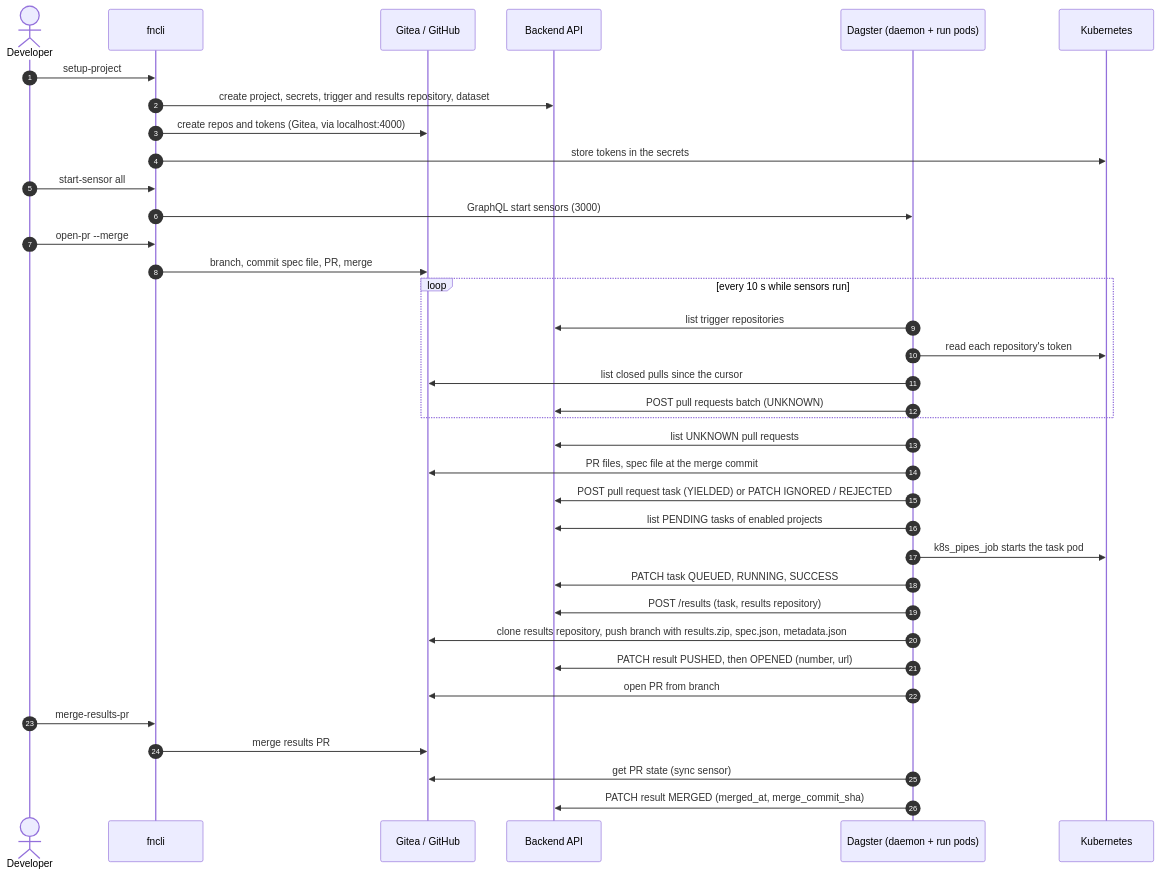
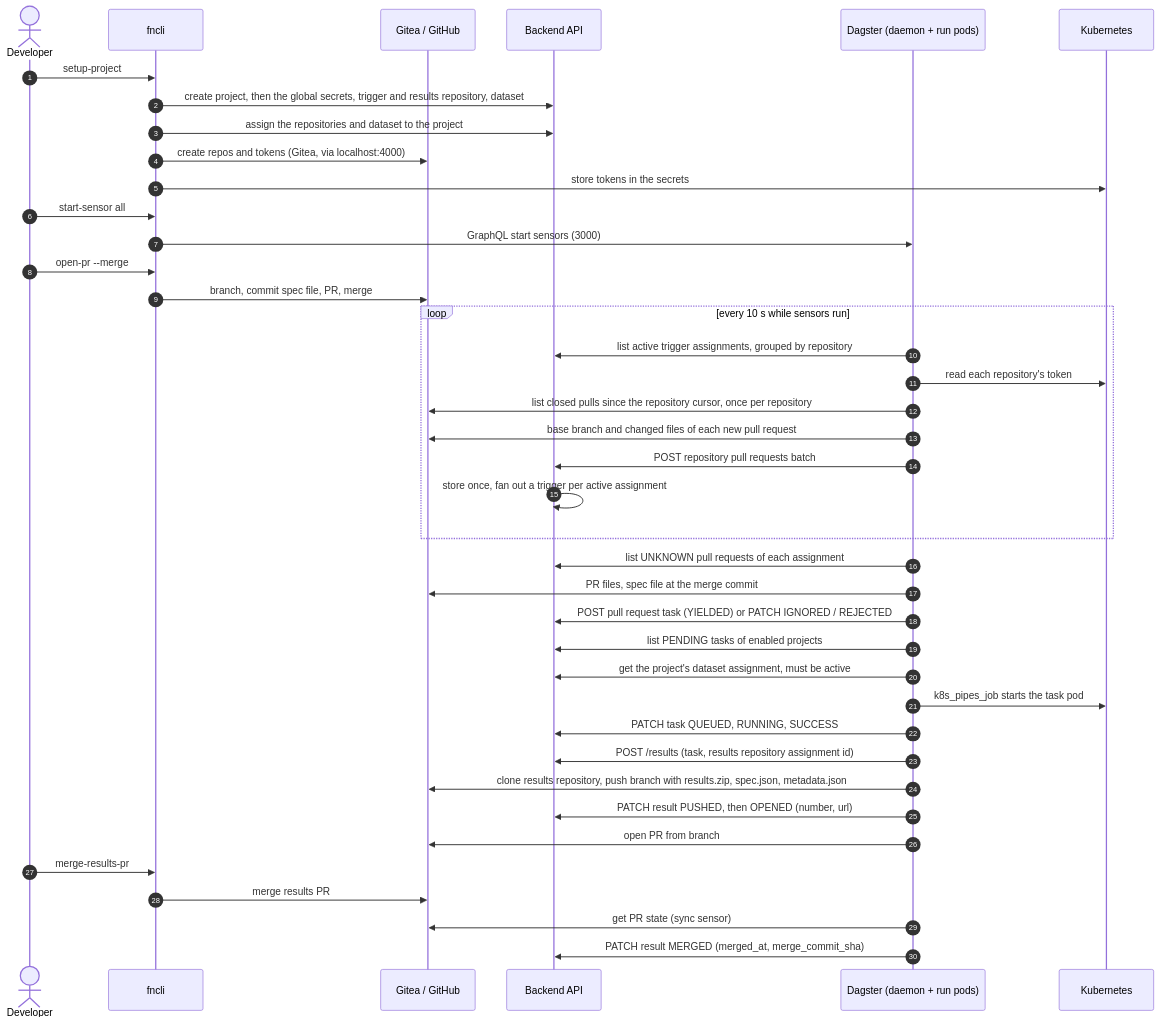
The second of 3 diagrams in docs/architecture/flows.md (Aridhia-Open-Source/PHEMS_federated_node), drawn with Mermaid before and after one commit. The commit also changed other lines of this file and 15 other files, not shown here.

````diff
--- a/docs/architecture/flows.md
+++ b/docs/architecture/flows.md
@@ -36,40 +56,44 @@
 ```mermaid
 sequenceDiagram
     autonumber
     actor Dev as Developer
     participant CLI as fncli
     participant Git as Gitea / GitHub
     participant BE as Backend API
     participant DG as Dagster (daemon + run pods)
     participant K8s as Kubernetes
 
     Dev->>CLI: setup-project
-    CLI->>BE: create project, secrets, trigger and results repository, dataset
+    CLI->>BE: create project, then the global secrets, trigger and results repository, dataset
+    CLI->>BE: assign the repositories and dataset to the project
     CLI->>Git: create repos and tokens (Gitea, via localhost:4000)
     CLI->>K8s: store tokens in the secrets
     Dev->>CLI: start-sensor all
     CLI->>DG: GraphQL start sensors (3000)
     Dev->>CLI: open-pr --merge
     CLI->>Git: branch, commit spec file, PR, merge
 
     loop every 10 s while sensors run
-        DG->>BE: list trigger repositories
+        DG->>BE: list active trigger assignments, grouped by repository
         DG->>K8s: read each repository's token
-        DG->>Git: list closed pulls since the cursor
-        DG->>BE: POST pull requests batch (UNKNOWN)
+        DG->>Git: list closed pulls since the repository cursor, once per repository
+        DG->>Git: base branch and changed files of each new pull request
+        DG->>BE: POST repository pull requests batch
+        BE->>BE: store once, fan out a trigger per active assignment
     end
-    DG->>BE: list UNKNOWN pull requests
+    DG->>BE: list UNKNOWN pull requests of each assignment
     DG->>Git: PR files, spec file at the merge commit
     DG->>BE: POST pull request task (YIELDED) or PATCH IGNORED / REJECTED
     DG->>BE: list PENDING tasks of enabled projects
+    DG->>BE: get the project's dataset assignment, must be active
     DG->>K8s: k8s_pipes_job starts the task pod
     DG->>BE: PATCH task QUEUED, RUNNING, SUCCESS
-    DG->>BE: POST /results (task, results repository)
+    DG->>BE: POST /results (task, results repository assignment id)
     DG->>Git: clone results repository, push branch with results.zip, spec.json, metadata.json
     DG->>BE: PATCH result PUSHED, then OPENED (number, url)
     DG->>Git: open PR from branch
     Dev->>CLI: merge-results-pr
     CLI->>Git: merge results PR
     DG->>Git: get PR state (sync sensor)
     DG->>BE: PATCH result MERGED (merged_at, merge_commit_sha)
 ```
````
